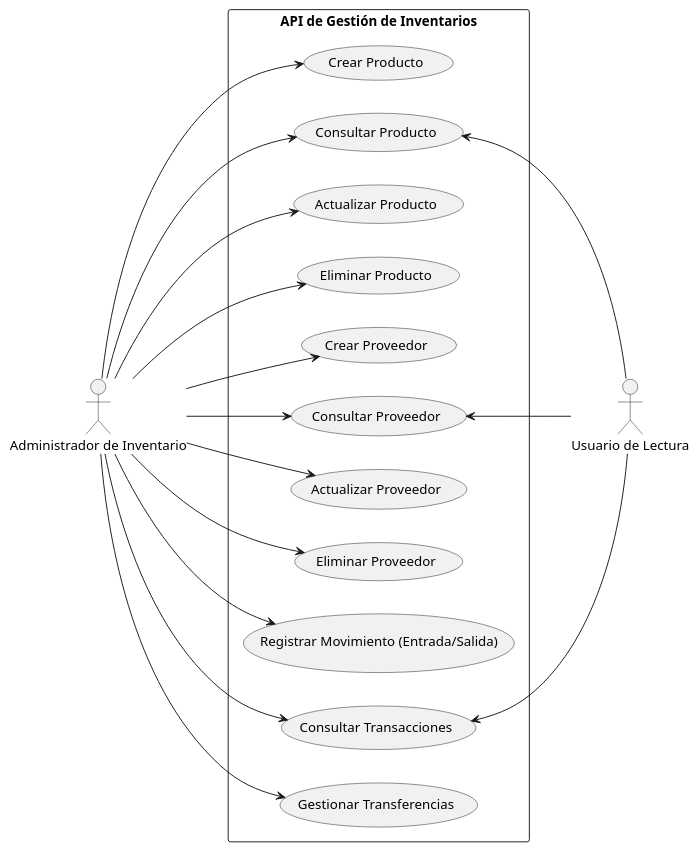
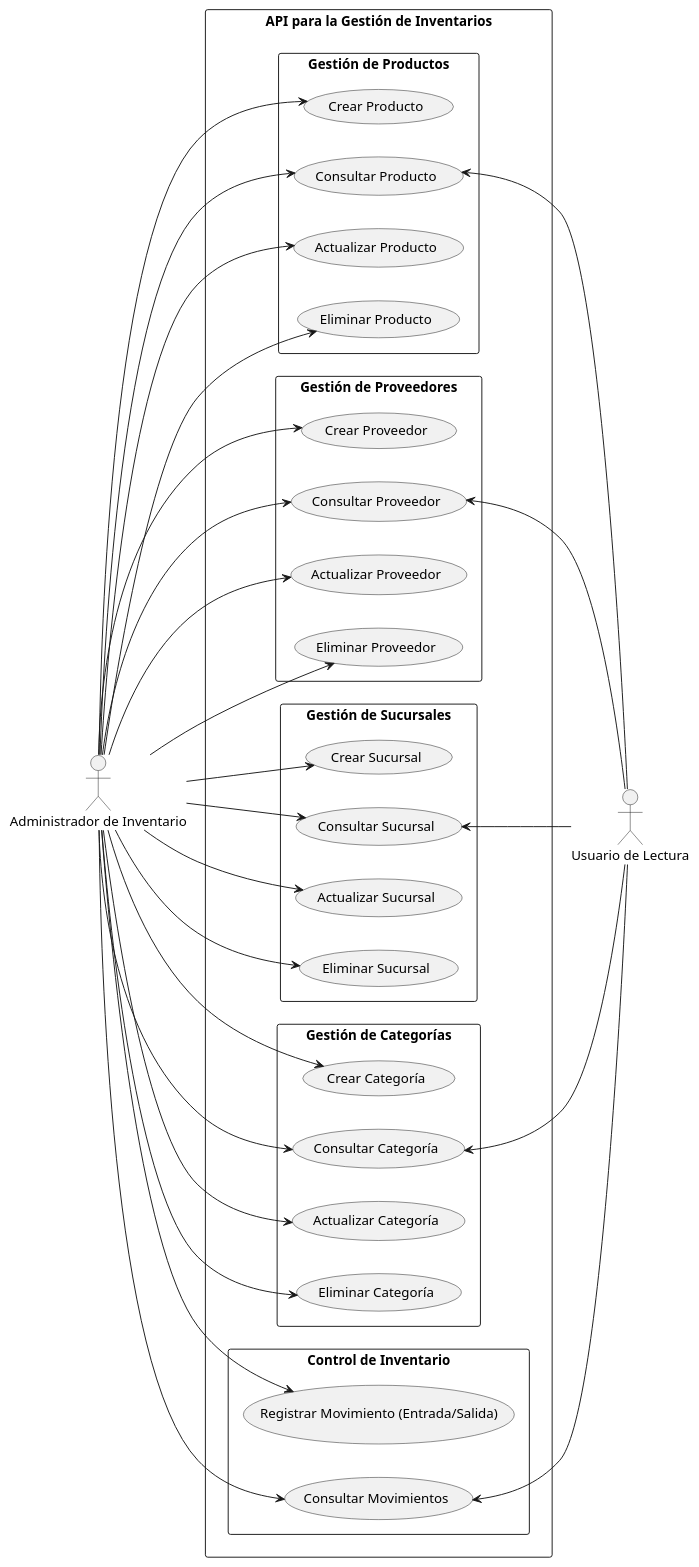
One commit to DanielYanes-YH25001/gestion-inventarios-api changed the diagram in docs/diagramas/diagrama_casos_uso.puml. Above: the diagram before and after it, drawn with PlantUML. The commit also changed 1 other file, not shown here.

Commit message:
fix: correcciones al diagrama de casos de uso

```diff
--- a/docs/diagramas/diagrama_casos_uso.puml
+++ b/docs/diagramas/diagrama_casos_uso.puml
@@ -1,45 +1,74 @@
-@startuml diagrama_casos_uso
+@startuml Diagrama de Casos de Uso
 left to right direction
 skinparam packageStyle rectangle
 
-actor "Administrador de Inventario" as Admin
-actor "Usuario de Lectura" as Lector
+actor "Administrador de Inventario" as admin
+actor "Usuario de Lectura" as lector
 
-rectangle "API de Gestión de Inventarios" {
-    ' CRUD Producto
-    usecase "Crear Producto" as UC1
-    usecase "Consultar Producto" as UC2
-    usecase "Actualizar Producto" as UC3
-    usecase "Eliminar Producto" as UC4
+rectangle "API para la Gestión de Inventarios" {
+    package "Gestión de Productos" {
+        usecase "Crear Producto" as cp
+        usecase "Consultar Producto" as rp
+        usecase "Actualizar Producto" as up
+        usecase "Eliminar Producto" as dp
+    }
 
-    ' CRUD Proveedor
-    usecase "Crear Proveedor" as UC5
-    usecase "Consultar Proveedor" as UC6
-    usecase "Actualizar Proveedor" as UC7
-    usecase "Eliminar Proveedor" as UC8
+    package "Gestión de Proveedores" {
+        usecase "Crear Proveedor" as cprov
+        usecase "Consultar Proveedor" as rprov
+        usecase "Actualizar Proveedor" as uprov
+        usecase "Eliminar Proveedor" as dprov
+    }
 
-    ' Transacciones
-    usecase "Registrar Movimiento (Entrada/Salida)" as UC9
-    usecase "Consultar Transacciones" as UC10
-    usecase "Gestionar Transferencias" as UC11
+    package "Gestión de Sucursales" {
+        usecase "Crear Sucursal" as cs
+        usecase "Consultar Sucursal" as rs
+        usecase "Actualizar Sucursal" as us
+        usecase "Eliminar Sucursal" as ds
+    }
+
+    package "Gestión de Categorías" {
+        usecase "Crear Categoría" as cc
+        usecase "Consultar Categoría" as rc
+        usecase "Actualizar Categoría" as uc
+        usecase "Eliminar Categoría" as dc
+    }
+
+    package "Control de Inventario" {
+        usecase "Registrar Movimiento (Entrada/Salida)" as rm
+        usecase "Consultar Movimientos" as rmov
+    }
 }
 
-' Relaciones del Administrador (Lado izquierdo)
-Admin --> UC1
-Admin --> UC2
-Admin --> UC3
-Admin --> UC4
-Admin --> UC5
-Admin --> UC6
-Admin --> UC7
-Admin --> UC8
-Admin --> UC9
-Admin --> UC10
-Admin --> UC11
+' Relaciones del usuario administrador
+admin --> cp
+admin --> rp
+admin --> up
+admin --> dp
 
-' Relaciones del Usuario de Lectura
-UC2 <-- Lector
-UC6 <-- Lector
-UC10 <-- Lector
+admin --> cprov
+admin --> rprov
+admin --> uprov
+admin --> dprov
+
+admin --> cs
+admin --> rs
+admin --> us
+admin --> ds
+
+admin --> cc
+admin --> rc
+admin --> uc
+admin --> dc
+
+admin --> rm
+admin --> rmov
+
+' Relaciones del usuario de lectura
+rp <-- lector
+rprov <-- lector
+rs <-- lector
+rc <-- lector
+rmov <-- lector
 
 @enduml
```
